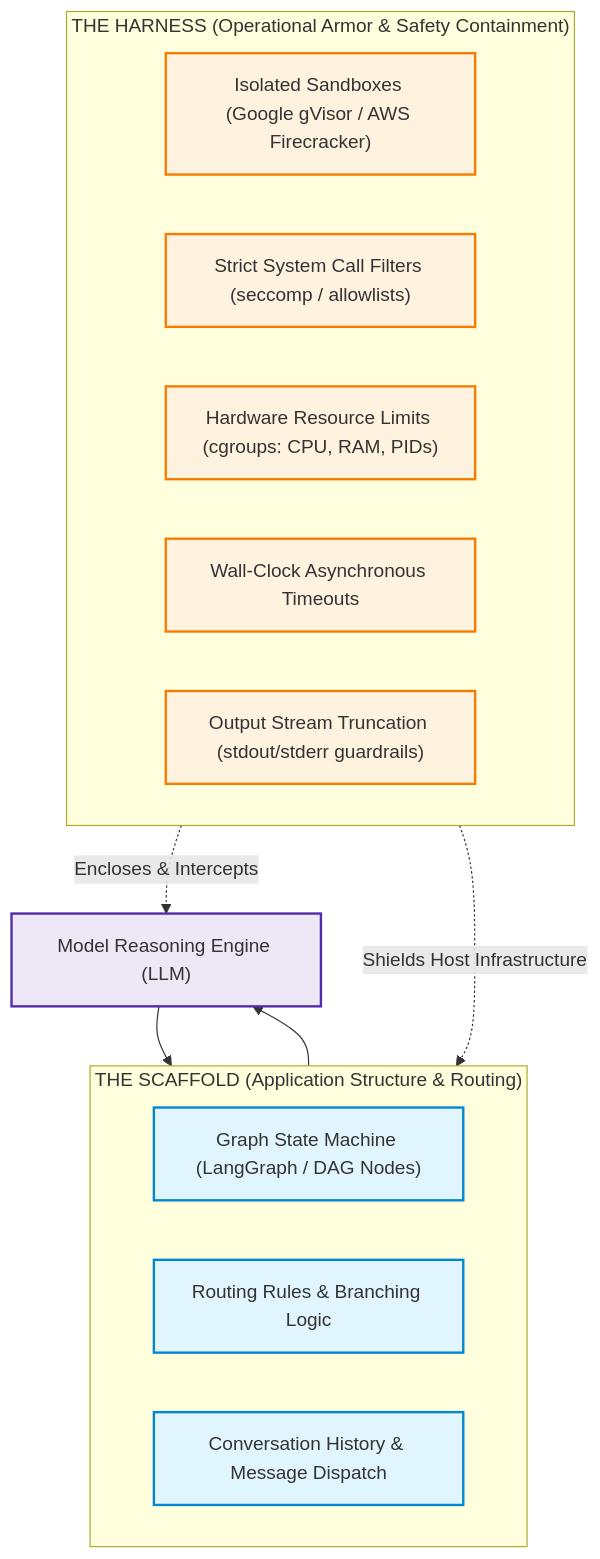
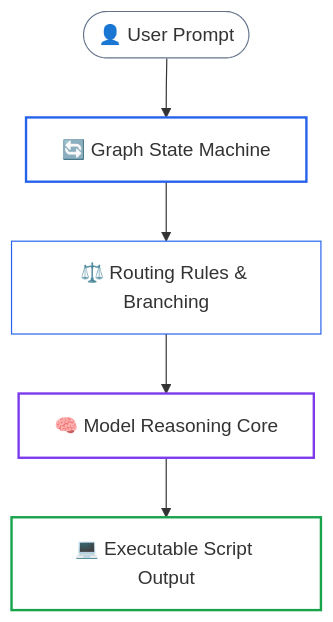
Before and after one commit to dip4k/senior-engineer-to-ai-engineer-roadmap: the second of 5 diagrams in 04-agentic-systems-and-orchestration/06-codeact-and-sandboxed-execution-runtimes.md, drawn with Mermaid. The commit also changed other lines of this file and 94 other files, not shown here.

Commit message:
refactor(curriculum): complete Phase 04 upgrade and enforce diagram renderer invariants

````diff
--- a/04-agentic-systems-and-orchestration/06-codeact-and-sandboxed-execution-runtimes.md
+++ b/04-agentic-systems-and-orchestration/06-codeact-and-sandboxed-execution-runtimes.md
@@ -104,27 +119,13 @@
 ```mermaid
 flowchart TD
-    classDef scaffold fill:#e1f5fe,stroke:#0288d1,stroke-width:2px;
-    classDef harness fill:#fff3e0,stroke:#f57c00,stroke-width:2px;
-    classDef model fill:#ede7f6,stroke:#512da8,stroke-width:2px;
+    User(["👤 User Prompt"]) --> State["🔄 Graph State Machine"]
+    State --> Rules["⚖️ Routing Rules & Branching"]
+    Rules --> Model["🧠 Model Reasoning Core"]
+    Model --> Code["💻 Executable Script Output"]
 
-    subgraph Scaffold["THE SCAFFOLD (Application Structure & Routing)"]
-        S1["Graph State Machine (LangGraph / DAG Nodes)"]:::scaffold
-        S2["Routing Rules & Branching Logic"]:::scaffold
-        S3["Conversation History & Message Dispatch"]:::scaffold
-    end
-
-    subgraph Harness["THE HARNESS (Operational Armor & Safety Containment)"]
-        H1["Isolated Sandboxes (Google gVisor / AWS Firecracker)"]:::harness
-        H2["Strict System Call Filters (seccomp / allowlists)"]:::harness
-        H3["Hardware Resource Limits (cgroups: CPU, RAM, PIDs)"]:::harness
-        H4["Wall-Clock Asynchronous Timeouts"]:::harness
-        H5["Output Stream Truncation (stdout/stderr guardrails)"]:::harness
-    end
-
-    Model["Model Reasoning Engine (LLM)"]:::model
-    
-    Scaffold --> Model
-    Model --> Scaffold
-    Harness -.->|"Encloses & Intercepts"| Model
-    Harness -.->|"Shields Host Infrastructure"| Scaffold
+    style User stroke:#64748b,stroke-width:1px,fill:none
+    style State stroke:#2563eb,stroke-width:2px,fill:none
+    style Rules stroke:#2563eb,stroke-width:1px,fill:none
+    style Model stroke:#7c3aed,stroke-width:2px,fill:none
+    style Code stroke:#16a34a,stroke-width:2px,fill:none
 ```
````
